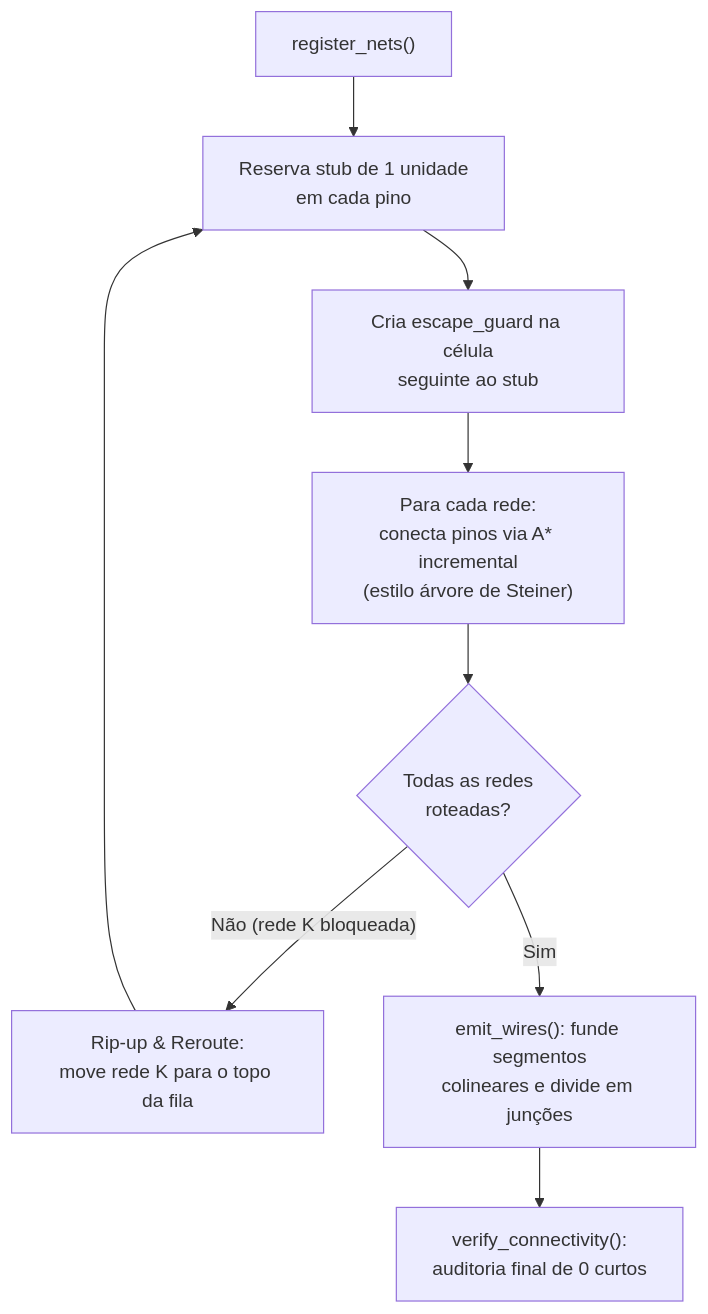
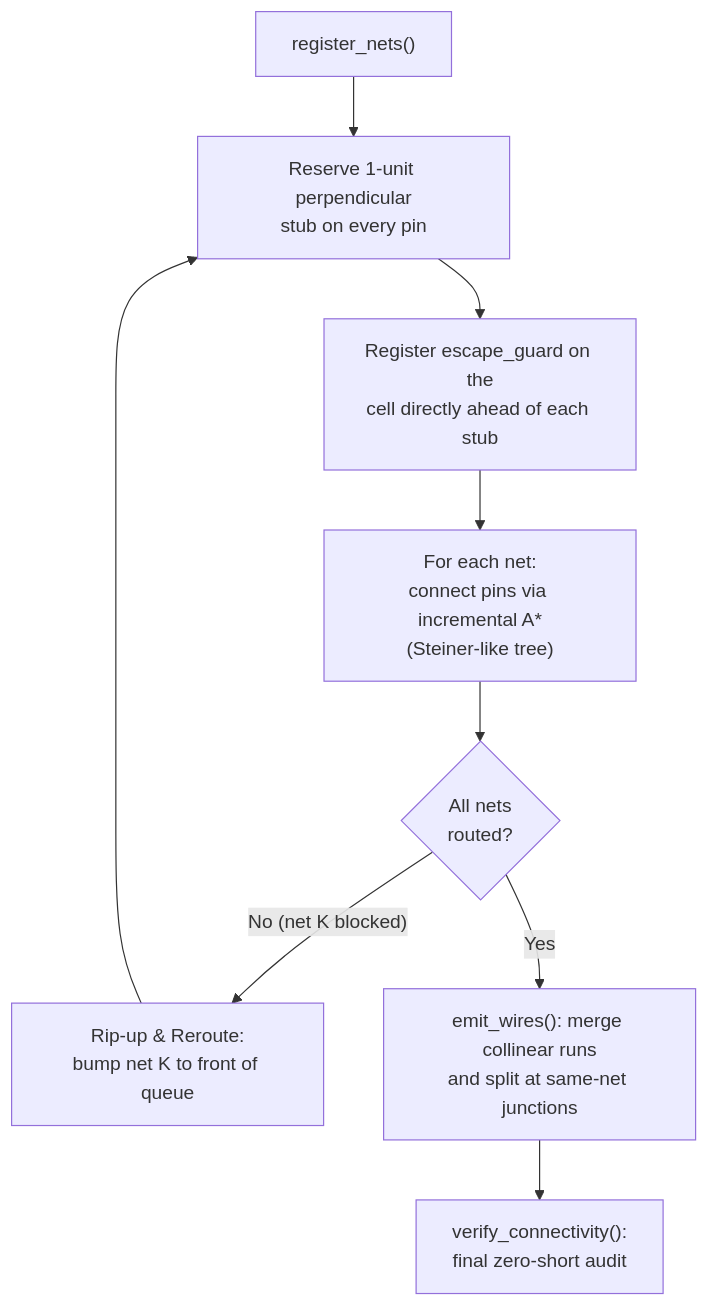
Before and after one commit to Kameil/pylogiccircuit: the second of 2 diagrams in docs/ARCHITECTURE.md, drawn with Mermaid. The commit also changed other lines of this file and 4 other files, not shown here.

````diff
--- a/docs/ARCHITECTURE.md
+++ b/docs/ARCHITECTURE.md
@@ -83,11 +82,11 @@
 ```mermaid
 flowchart TD
-    S["register_nets()"] --> ST["Reserva stub de 1 unidade<br/>em cada pino"]
-    ST --> EG["Cria escape_guard na célula<br/>seguinte ao stub"]
-    EG --> LOOP["Para cada rede:<br/>conecta pinos via A* incremental<br/>(estilo árvore de Steiner)"]
-    LOOP --> CHECK{"Todas as redes<br/>roteadas?"}
-    CHECK -- "Não (rede K bloqueada)" --> RIP["Rip-up & Reroute:<br/>move rede K para o topo da fila"]
+    S["register_nets()"] --> ST["Reserve 1-unit perpendicular<br/>stub on every pin"]
+    ST --> EG["Register escape_guard on the<br/>cell directly ahead of each stub"]
+    EG --> LOOP["For each net:<br/>connect pins via incremental A*<br/>(Steiner-like tree)"]
+    LOOP --> CHECK{"All nets<br/>routed?"}
+    CHECK -- "No (net K blocked)" --> RIP["Rip-up & Reroute:<br/>bump net K to front of queue"]
     RIP --> ST
-    CHECK -- "Sim" --> EMIT["emit_wires(): funde segmentos<br/>colineares e divide em junções"]
-    EMIT --> VER["verify_connectivity():<br/>auditoria final de 0 curtos"]
+    CHECK -- "Yes" --> EMIT["emit_wires(): merge collinear runs<br/>and split at same-net junctions"]
+    EMIT --> VER["verify_connectivity():<br/>final zero-short audit"]
 ```
````
